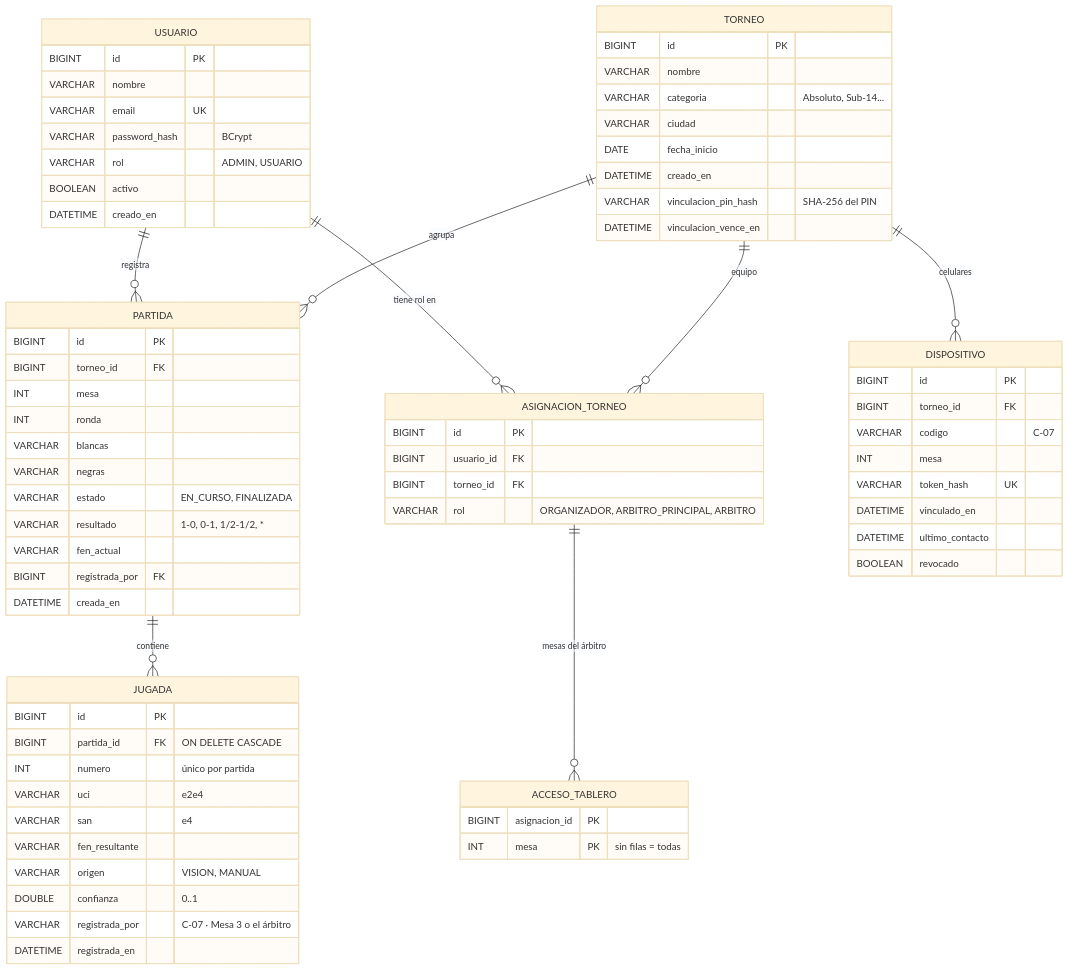
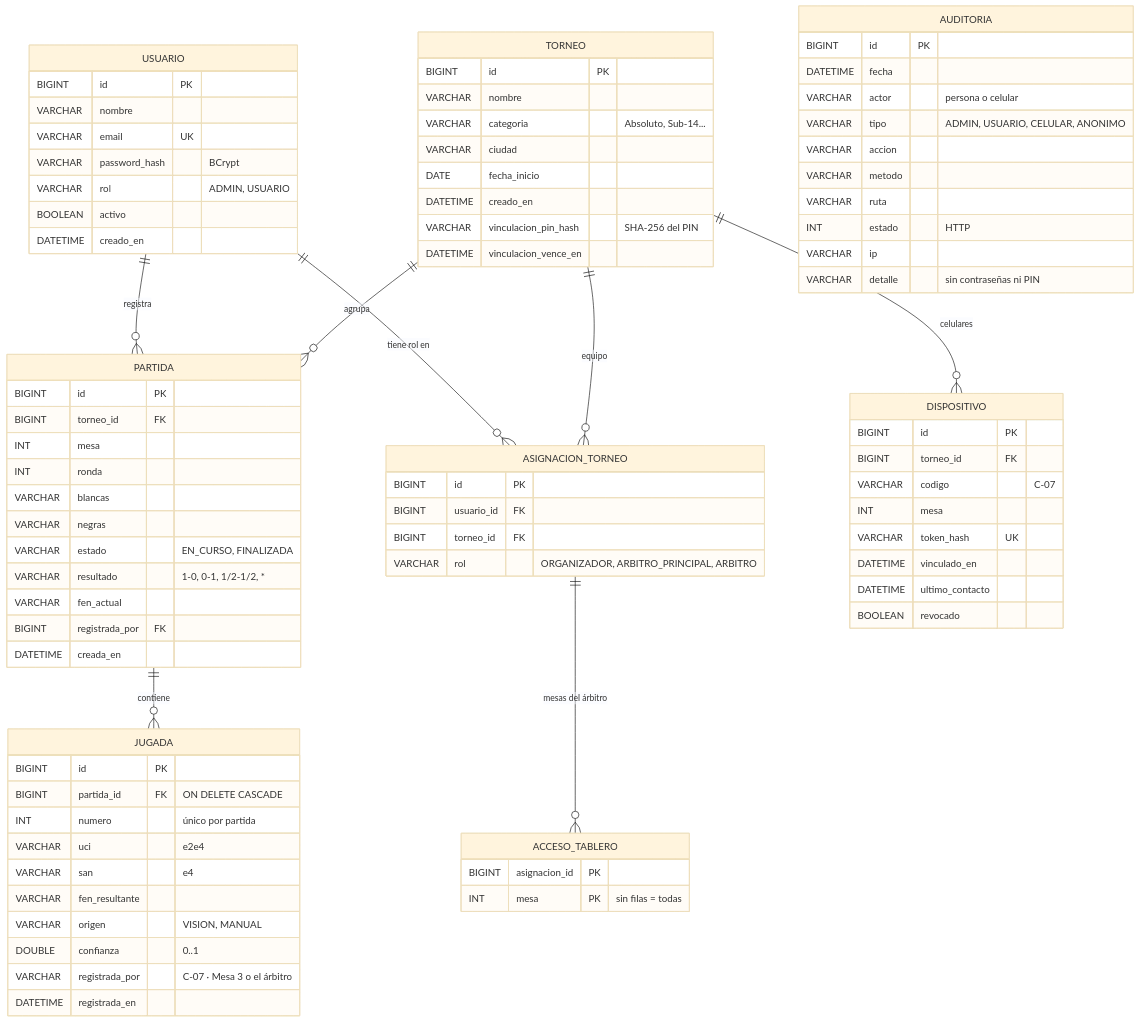
One commit to dj-t4b/ajedrez-vision-fba changed the diagram in docs/er.md. Above: the diagram before and after it, drawn with Mermaid (base theme). The commit also changed other lines of this file and 4 other files, not shown here.

```diff
--- a/docs/er.md
+++ b/docs/er.md
@@ -41,6 +41,18 @@
         BIGINT asignacion_id PK
         INT mesa PK "sin filas = todas"
     }
+    AUDITORIA {
+        BIGINT id PK
+        DATETIME fecha
+        VARCHAR actor "persona o celular"
+        VARCHAR tipo "ADMIN, USUARIO, CELULAR, ANONIMO"
+        VARCHAR accion
+        VARCHAR metodo
+        VARCHAR ruta
+        INT estado "HTTP"
+        VARCHAR ip
+        VARCHAR detalle "sin contraseñas ni PIN"
+    }
     DISPOSITIVO {
         BIGINT id PK
         BIGINT torneo_id FK
```
